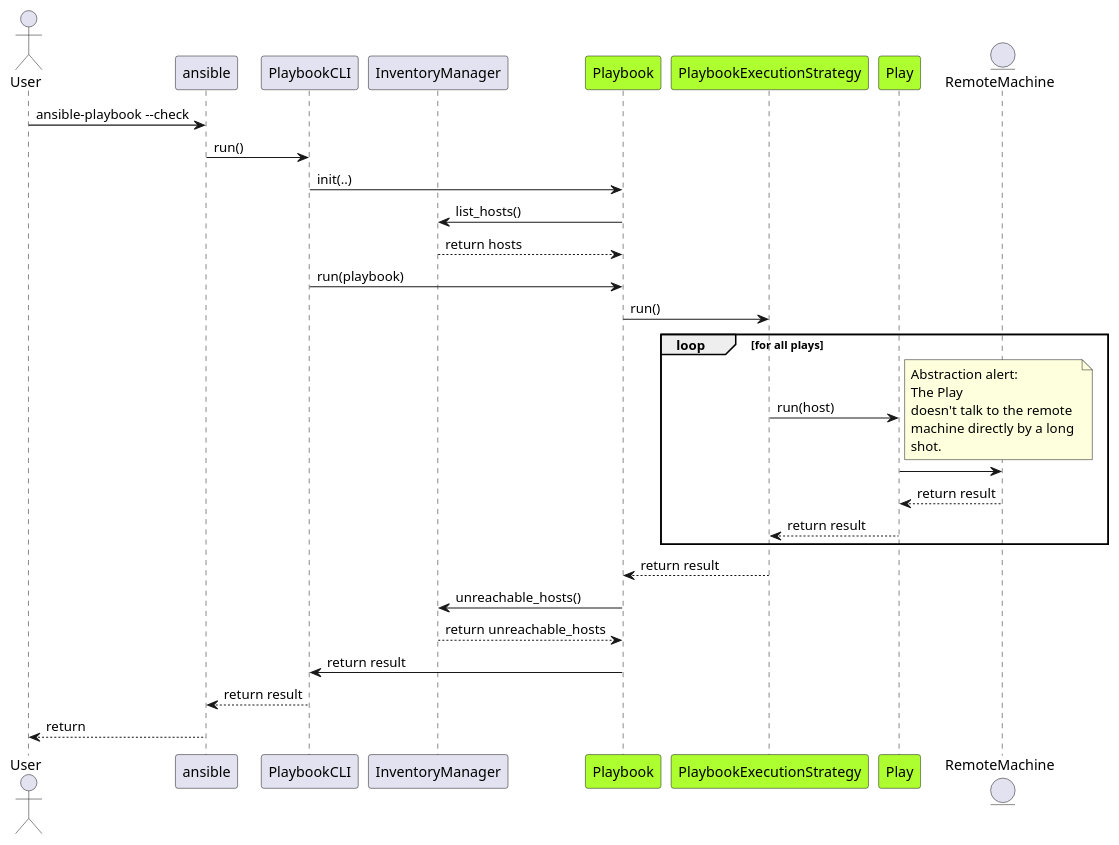
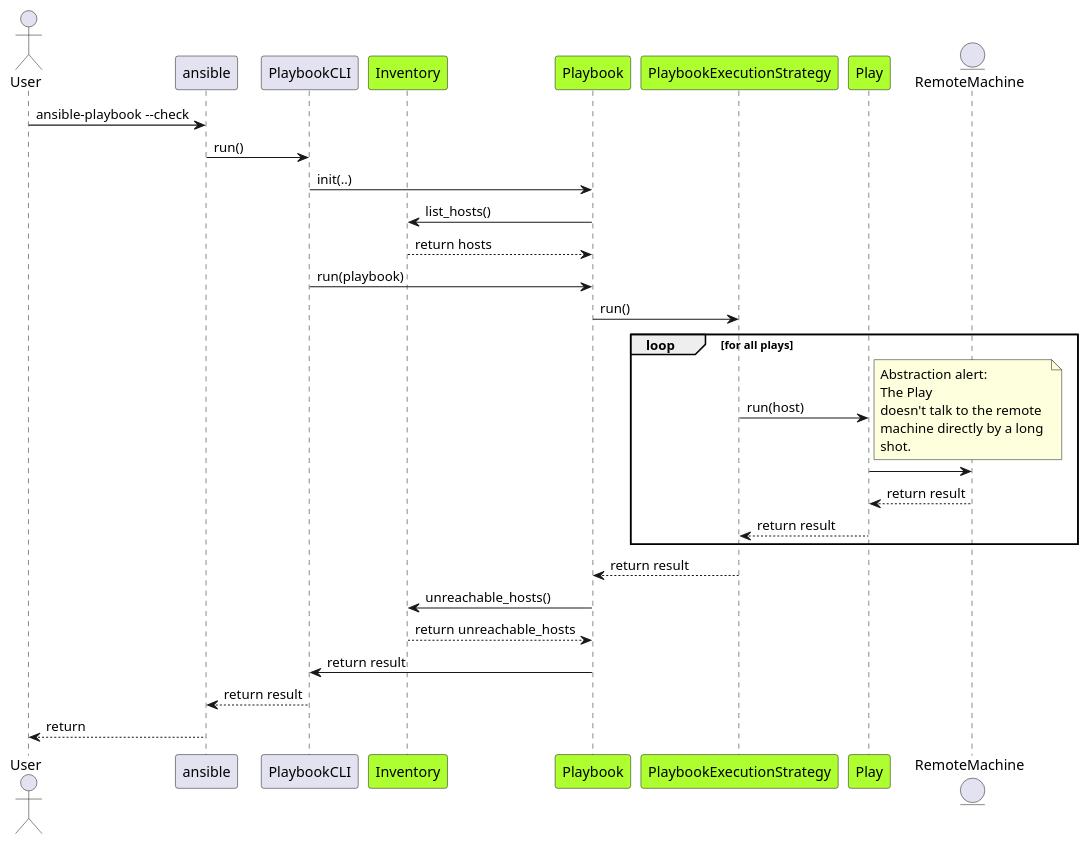
The diagram in project/uml/SequenceDiagram/DryRun_Revised.puml (ezequiels/nazz), drawn with PlantUML before and after one commit. The commit also changed 2 other files, not shown here.

```diff
--- a/project/uml/SequenceDiagram/DryRun_Revised.puml
+++ b/project/uml/SequenceDiagram/DryRun_Revised.puml
@@ -1,30 +1,30 @@
 @startuml
 actor User
 User->ansible:ansible-playbook --check
 ansible->PlaybookCLI: run()
-participant InventoryManager
+participant Inventory #GreenYellow
 participant Playbook #GreenYellow
 PlaybookCLI->Playbook:init(..)
-Playbook->InventoryManager: list_hosts()
-Playbook<--InventoryManager: return hosts
+Playbook->Inventory: list_hosts()
+Playbook<--Inventory: return hosts
 participant PlaybookExecutionStrategy #GreenYellow
 PlaybookCLI->Playbook:run(playbook)
 Playbook->PlaybookExecutionStrategy:run()
 
 participant Play #GreenYellow
 loop for all plays
     PlaybookExecutionStrategy->Play:run(host)
     entity RemoteMachine
     note right: Abstraction alert: \nThe Play \ndoesn't talk to the remote \nmachine directly by a long \nshot.
     Play->RemoteMachine
     RemoteMachine-->Play: return result
     Play-->PlaybookExecutionStrategy: return result
 end
 PlaybookExecutionStrategy-->Playbook: return result
-Playbook->InventoryManager: unreachable_hosts()
-InventoryManager-->Playbook: return unreachable_hosts
+Playbook->Inventory: unreachable_hosts()
+Inventory-->Playbook: return unreachable_hosts
 Playbook->PlaybookCLI: return result
 PlaybookCLI-->ansible: return result
 ansible-->User: return
 
 @enduml
```
